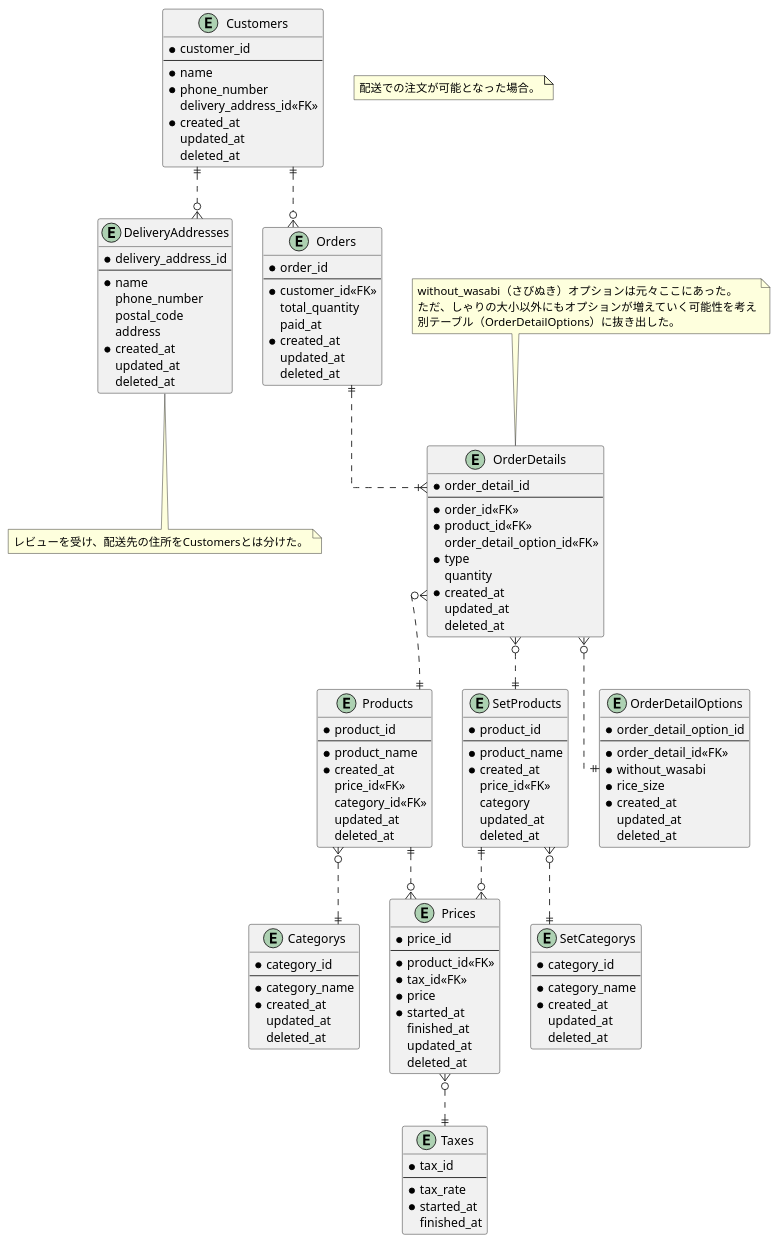
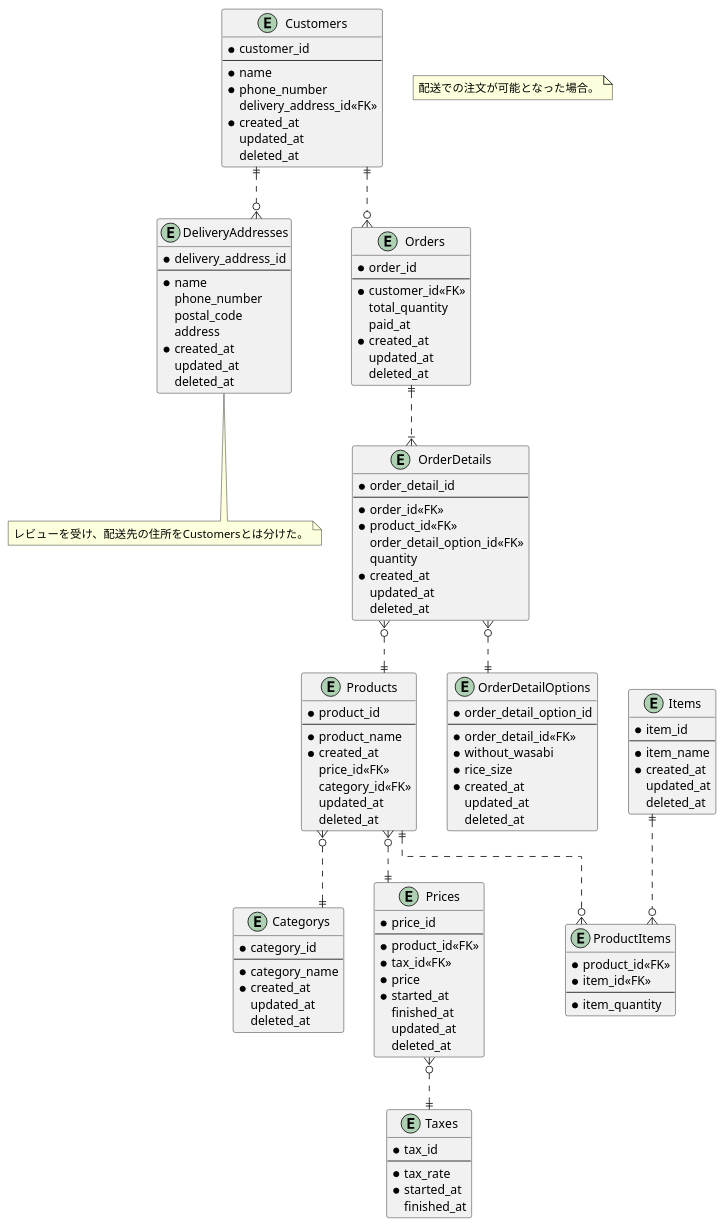
Before and after one commit to moritanuki/praha_challenge: the diagram in 01_データベース設計/01_DBモデリング1/03_課題3/sushi_ordering_schema_03.puml, drawn with PlantUML. The commit also changed 5 other files, not shown here.

```diff
--- a/01_データベース設計/01_DBモデリング1/03_課題3/sushi_ordering_schema_03.puml
+++ b/01_データベース設計/01_DBモデリング1/03_課題3/sushi_ordering_schema_03.puml
@@ -1,161 +1,149 @@
 @startuml sushi_ordering_schema_03
 
 skinparam {
   ' カーディナリティ斜め対策
    linetype ortho
 }
 
-' 顧客マスタ
+' 顧客
 entity "Customers" as Customers {
   * customer_id
   --
   * name
   * phone_number
     delivery_address_id<<FK>>
   * created_at
     updated_at
     deleted_at
 }
 
-' 顧客マスタ
+' 配送先情報
 entity "DeliveryAddresses" as DeliveryAddresses {
   * delivery_address_id
   --
   * name
     phone_number
     postal_code
     address
   * created_at
     updated_at
     deleted_at
 }
 
 note bottom of DeliveryAddresses
   レビューを受け、配送先の住所をCustomersとは分けた。
 end note
 
-' 単品商品マスタ
+' 商品
 entity "Products" as Products {
   * product_id
   --
   * product_name
   * created_at
     price_id<<FK>>
     category_id<<FK>>
     updated_at
     deleted_at
 }
 
-' 商品カテゴリマスタ
+' 商品カテゴリ
 entity "Categorys" as Categorys {
   * category_id
   --
   * category_name
   * created_at
     updated_at
     deleted_at
 }
 
-' セット商品マスタ
-entity "SetProducts" as SetProducts {
-  * product_id
-  --
-  * product_name
-  * created_at
-    price_id<<FK>>
-    category
-    updated_at
-    deleted_at
-}
-
-' セット商品カテゴリマスタ
-entity "SetCategorys" as SetCategorys {
-  * category_id
-  --
-  * category_name
-  * created_at
-    updated_at
-    deleted_at
-}
-
-' 商品金額テーブル
+' 商品金額
 entity "Prices" as Prices {
   * price_id
   --
   * product_id<<FK>>
   * tax_id<<FK>>
   * price
   * started_at
     finished_at
     updated_at
     deleted_at
 }
 
-' 消費税マスタ
+' 商品_単品
+entity "ProductItems" as ProductItems {
+  * product_id<<FK>>
+  * item_id<<FK>>
+  --
+  * item_quantity
+}
+
+' 単品
+entity "Items" as Items {
+  * item_id
+  --
+  * item_name
+  * created_at
+    updated_at
+    deleted_at
+}
+
+' 消費税
 entity "Taxes" as Taxes {
   * tax_id
   --
   * tax_rate
   * started_at
     finished_at
 }
 
-' 注文テーブル
+' 注文
 entity "Orders" as Orders {
   * order_id
   --
   * customer_id<<FK>>
     total_quantity
     paid_at
   * created_at
     updated_at
     deleted_at
 }
 
 entity "OrderDetails" as OrderDetails {
   * order_detail_id
   --
   * order_id<<FK>>
   * product_id<<FK>>
     order_detail_option_id<<FK>>
-  * type
     quantity
   * created_at
     updated_at
     deleted_at
 }
-
-note top of OrderDetails
-  without_wasabi（さびぬき）オプションは元々ここにあった。
-  ただ、しゃりの大小以外にもオプションが増えていく可能性を考え
-  別テーブル（OrderDetailOptions）に抜き出した。
-end note
 
 entity "OrderDetailOptions" as OrderDetailOptions {
   * order_detail_option_id
   --
   * order_detail_id<<FK>>
   * without_wasabi
   * rice_size
   * created_at
     updated_at
     deleted_at
 }
 
 Customers ||..o{ DeliveryAddresses
 Customers ||..o{ Orders
 Orders ||..|{ OrderDetails
 OrderDetails }o..|| OrderDetailOptions
 OrderDetails }o..|| Products
-OrderDetails }o..|| SetProducts
-Products ||..o{ Prices
-SetProducts ||..o{ Prices
+Products ||..o{ ProductItems
+Items ||..o{ ProductItems
 Products }o..|| Categorys
-SetProducts }o..|| SetCategorys
+Products }o..|| Prices
 Prices }o..|| Taxes
 
 note as note1
   配送での注文が可能となった場合。
 end note
 
 @enduml
```
